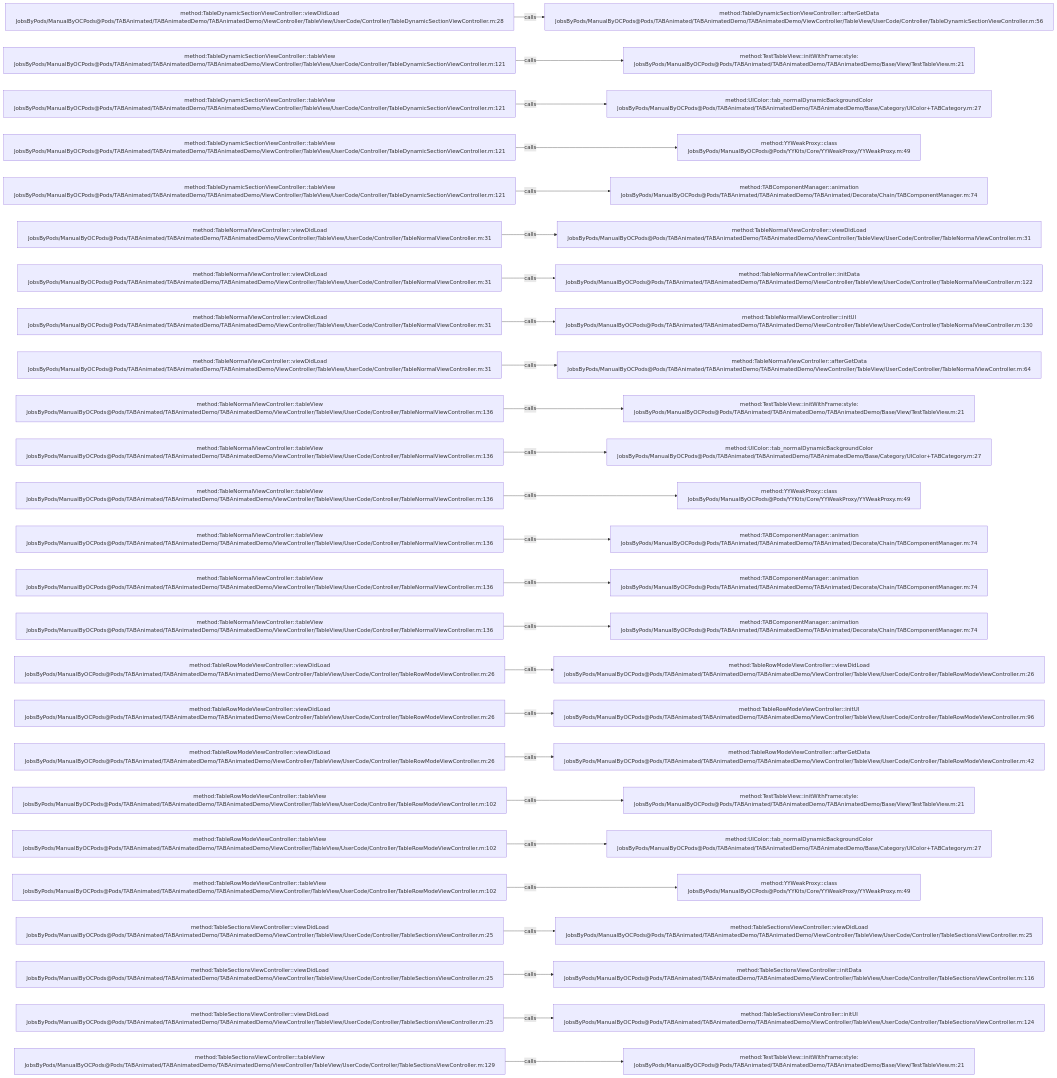
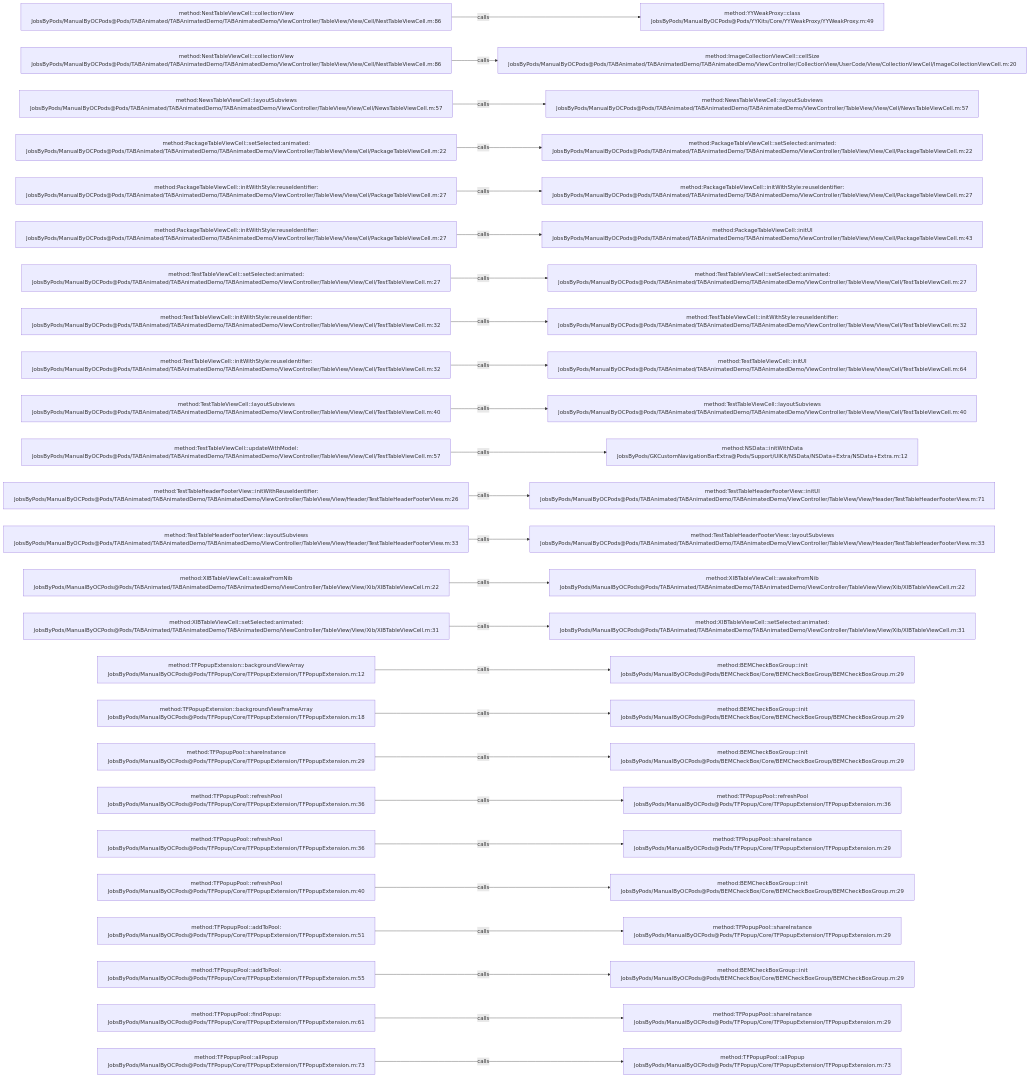
Before and after one commit to JobsKits/JobsOCBaseConfigDemo: the diagram in .codegraph/codegraph.md/graphs/calls-066.md, drawn with Mermaid. The commit also changed 1353 other files, not shown here.

````diff
--- a/.codegraph/codegraph.md/graphs/calls-066.md
+++ b/.codegraph/codegraph.md/graphs/calls-066.md
@@ -13,78 +13,78 @@
 ```mermaid
 flowchart LR
-  S1["method:TableDynamicSectionViewController::viewDidLoad<br/>JobsByPods/ManualByOCPods@Pods/TABAnimated/TABAnimatedDemo/TABAnimatedDemo/ViewController/TableView/UserCode/Controller/TableDynamicSectionViewController.m:28"]
-  T1["method:TableDynamicSectionViewController::afterGetData<br/>JobsByPods/ManualByOCPods@Pods/TABAnimated/TABAnimatedDemo/TABAnimatedDemo/ViewController/TableView/UserCode/Controller/TableDynamicSectionViewController.m:56"]
+  S1["method:NestTableViewCell::collectionView<br/>JobsByPods/ManualByOCPods@Pods/TABAnimated/TABAnimatedDemo/TABAnimatedDemo/ViewController/TableView/View/Cell/NestTableViewCell.m:86"]
+  T1["method:YYWeakProxy::class<br/>JobsByPods/ManualByOCPods@Pods/YYKits/Core/YYWeakProxy/YYWeakProxy.m:49"]
   S1 -->|calls| T1
-  S2["method:TableDynamicSectionViewController::tableView<br/>JobsByPods/ManualByOCPods@Pods/TABAnimated/TABAnimatedDemo/TABAnimatedDemo/ViewController/TableView/UserCode/Controller/TableDynamicSectionViewController.m:121"]
-  T2["method:TestTableView::initWithFrame:style:<br/>JobsByPods/ManualByOCPods@Pods/TABAnimated/TABAnimatedDemo/TABAnimatedDemo/Base/View/TestTableView.m:21"]
+  S2["method:NestTableViewCell::collectionView<br/>JobsByPods/ManualByOCPods@Pods/TABAnimated/TABAnimatedDemo/TABAnimatedDemo/ViewController/TableView/View/Cell/NestTableViewCell.m:86"]
+  T2["method:ImageCollectionViewCell::cellSize<br/>JobsByPods/ManualByOCPods@Pods/TABAnimated/TABAnimatedDemo/TABAnimatedDemo/ViewController/CollectionView/UserCode/View/CollectionViewCell/ImageCollectionViewCell.m:20"]
   S2 -->|calls| T2
-  S3["method:TableDynamicSectionViewController::tableView<br/>JobsByPods/ManualByOCPods@Pods/TABAnimated/TABAnimatedDemo/TABAnimatedDemo/ViewController/TableView/UserCode/Controller/TableDynamicSectionViewController.m:121"]
-  T3["method:UIColor::tab_normalDynamicBackgroundColor<br/>JobsByPods/ManualByOCPods@Pods/TABAnimated/TABAnimatedDemo/TABAnimatedDemo/Base/Category/UIColor+TABCategory.m:27"]
+  S3["method:NewsTableViewCell::layoutSubviews<br/>JobsByPods/ManualByOCPods@Pods/TABAnimated/TABAnimatedDemo/TABAnimatedDemo/ViewController/TableView/View/Cell/NewsTableViewCell.m:57"]
+  T3["method:NewsTableViewCell::layoutSubviews<br/>JobsByPods/ManualByOCPods@Pods/TABAnimated/TABAnimatedDemo/TABAnimatedDemo/ViewController/TableView/View/Cell/NewsTableViewCell.m:57"]
   S3 -->|calls| T3
-  S4["method:TableDynamicSectionViewController::tableView<br/>JobsByPods/ManualByOCPods@Pods/TABAnimated/TABAnimatedDemo/TABAnimatedDemo/ViewController/TableView/UserCode/Controller/TableDynamicSectionViewController.m:121"]
-  T4["method:YYWeakProxy::class<br/>JobsByPods/ManualByOCPods@Pods/YYKits/Core/YYWeakProxy/YYWeakProxy.m:49"]
+  S4["method:PackageTableViewCell::setSelected:animated:<br/>JobsByPods/ManualByOCPods@Pods/TABAnimated/TABAnimatedDemo/TABAnimatedDemo/ViewController/TableView/View/Cell/PackageTableViewCell.m:22"]
+  T4["method:PackageTableViewCell::setSelected:animated:<br/>JobsByPods/ManualByOCPods@Pods/TABAnimated/TABAnimatedDemo/TABAnimatedDemo/ViewController/TableView/View/Cell/PackageTableViewCell.m:22"]
   S4 -->|calls| T4
-  S5["method:TableDynamicSectionViewController::tableView<br/>JobsByPods/ManualByOCPods@Pods/TABAnimated/TABAnimatedDemo/TABAnimatedDemo/ViewController/TableView/UserCode/Controller/TableDynamicSectionViewController.m:121"]
-  T5["method:TABComponentManager::animation<br/>JobsByPods/ManualByOCPods@Pods/TABAnimated/TABAnimatedDemo/TABAnimated/Decorate/Chain/TABComponentManager.m:74"]
+  S5["method:PackageTableViewCell::initWithStyle:reuseIdentifier:<br/>JobsByPods/ManualByOCPods@Pods/TABAnimated/TABAnimatedDemo/TABAnimatedDemo/ViewController/TableView/View/Cell/PackageTableViewCell.m:27"]
+  T5["method:PackageTableViewCell::initWithStyle:reuseIdentifier:<br/>JobsByPods/ManualByOCPods@Pods/TABAnimated/TABAnimatedDemo/TABAnimatedDemo/ViewController/TableView/View/Cell/PackageTableViewCell.m:27"]
   S5 -->|calls| T5
-  S6["method:TableNormalViewController::viewDidLoad<br/>JobsByPods/ManualByOCPods@Pods/TABAnimated/TABAnimatedDemo/TABAnimatedDemo/ViewController/TableView/UserCode/Controller/TableNormalViewController.m:31"]
-  T6["method:TableNormalViewController::viewDidLoad<br/>JobsByPods/ManualByOCPods@Pods/TABAnimated/TABAnimatedDemo/TABAnimatedDemo/ViewController/TableView/UserCode/Controller/TableNormalViewController.m:31"]
+  S6["method:PackageTableViewCell::initWithStyle:reuseIdentifier:<br/>JobsByPods/ManualByOCPods@Pods/TABAnimated/TABAnimatedDemo/TABAnimatedDemo/ViewController/TableView/View/Cell/PackageTableViewCell.m:27"]
+  T6["method:PackageTableViewCell::initUI<br/>JobsByPods/ManualByOCPods@Pods/TABAnimated/TABAnimatedDemo/TABAnimatedDemo/ViewController/TableView/View/Cell/PackageTableViewCell.m:43"]
   S6 -->|calls| T6
-  S7["method:TableNormalViewController::viewDidLoad<br/>JobsByPods/ManualByOCPods@Pods/TABAnimated/TABAnimatedDemo/TABAnimatedDemo/ViewController/TableView/UserCode/Controller/TableNormalViewController.m:31"]
-  T7["method:TableNormalViewController::initData<br/>JobsByPods/ManualByOCPods@Pods/TABAnimated/TABAnimatedDemo/TABAnimatedDemo/ViewController/TableView/UserCode/Controller/TableNormalViewController.m:122"]
+  S7["method:TestTableViewCell::setSelected:animated:<br/>JobsByPods/ManualByOCPods@Pods/TABAnimated/TABAnimatedDemo/TABAnimatedDemo/ViewController/TableView/View/Cell/TestTableViewCell.m:27"]
+  T7["method:TestTableViewCell::setSelected:animated:<br/>JobsByPods/ManualByOCPods@Pods/TABAnimated/TABAnimatedDemo/TABAnimatedDemo/ViewController/TableView/View/Cell/TestTableViewCell.m:27"]
   S7 -->|calls| T7
-  S8["method:TableNormalViewController::viewDidLoad<br/>JobsByPods/ManualByOCPods@Pods/TABAnimated/TABAnimatedDemo/TABAnimatedDemo/ViewController/TableView/UserCode/Controller/TableNormalViewController.m:31"]
-  T8["method:TableNormalViewController::initUI<br/>JobsByPods/ManualByOCPods@Pods/TABAnimated/TABAnimatedDemo/TABAnimatedDemo/ViewController/TableView/UserCode/Controller/TableNormalViewController.m:130"]
+  S8["method:TestTableViewCell::initWithStyle:reuseIdentifier:<br/>JobsByPods/ManualByOCPods@Pods/TABAnimated/TABAnimatedDemo/TABAnimatedDemo/ViewController/TableView/View/Cell/TestTableViewCell.m:32"]
+  T8["method:TestTableViewCell::initWithStyle:reuseIdentifier:<br/>JobsByPods/ManualByOCPods@Pods/TABAnimated/TABAnimatedDemo/TABAnimatedDemo/ViewController/TableView/View/Cell/TestTableViewCell.m:32"]
   S8 -->|calls| T8
-  S9["method:TableNormalViewController::viewDidLoad<br/>JobsByPods/ManualByOCPods@Pods/TABAnimated/TABAnimatedDemo/TABAnimatedDemo/ViewController/TableView/UserCode/Controller/TableNormalViewController.m:31"]
-  T9["method:TableNormalViewController::afterGetData<br/>JobsByPods/ManualByOCPods@Pods/TABAnimated/TABAnimatedDemo/TABAnimatedDemo/ViewController/TableView/UserCode/Controller/TableNormalViewController.m:64"]
+  S9["method:TestTableViewCell::initWithStyle:reuseIdentifier:<br/>JobsByPods/ManualByOCPods@Pods/TABAnimated/TABAnimatedDemo/TABAnimatedDemo/ViewController/TableView/View/Cell/TestTableViewCell.m:32"]
+  T9["method:TestTableViewCell::initUI<br/>JobsByPods/ManualByOCPods@Pods/TABAnimated/TABAnimatedDemo/TABAnimatedDemo/ViewController/TableView/View/Cell/TestTableViewCell.m:64"]
   S9 -->|calls| T9
-  S10["method:TableNormalViewController::tableView<br/>JobsByPods/ManualByOCPods@Pods/TABAnimated/TABAnimatedDemo/TABAnimatedDemo/ViewController/TableView/UserCode/Controller/TableNormalViewController.m:136"]
-  T10["method:TestTableView::initWithFrame:style:<br/>JobsByPods/ManualByOCPods@Pods/TABAnimated/TABAnimatedDemo/TABAnimatedDemo/Base/View/TestTableView.m:21"]
+  S10["method:TestTableViewCell::layoutSubviews<br/>JobsByPods/ManualByOCPods@Pods/TABAnimated/TABAnimatedDemo/TABAnimatedDemo/ViewController/TableView/View/Cell/TestTableViewCell.m:40"]
+  T10["method:TestTableViewCell::layoutSubviews<br/>JobsByPods/ManualByOCPods@Pods/TABAnimated/TABAnimatedDemo/TABAnimatedDemo/ViewController/TableView/View/Cell/TestTableViewCell.m:40"]
   S10 -->|calls| T10
-  S11["method:TableNormalViewController::tableView<br/>JobsByPods/ManualByOCPods@Pods/TABAnimated/TABAnimatedDemo/TABAnimatedDemo/ViewController/TableView/UserCode/Controller/TableNormalViewController.m:136"]
-  T11["method:UIColor::tab_normalDynamicBackgroundColor<br/>JobsByPods/ManualByOCPods@Pods/TABAnimated/TABAnimatedDemo/TABAnimatedDemo/Base/Category/UIColor+TABCategory.m:27"]
+  S11["method:TestTableViewCell::updateWithModel:<br/>JobsByPods/ManualByOCPods@Pods/TABAnimated/TABAnimatedDemo/TABAnimatedDemo/ViewController/TableView/View/Cell/TestTableViewCell.m:57"]
+  T11["method:NSData::initWithData<br/>JobsByPods/GKCustomNavigationBarExtra@Pods/Support/UIKit/NSData/NSData+Extra/NSData+Extra.m:12"]
   S11 -->|calls| T11
-  S12["method:TableNormalViewController::tableView<br/>JobsByPods/ManualByOCPods@Pods/TABAnimated/TABAnimatedDemo/TABAnimatedDemo/ViewController/TableView/UserCode/Controller/TableNormalViewController.m:136"]
-  T12["method:YYWeakProxy::class<br/>JobsByPods/ManualByOCPods@Pods/YYKits/Core/YYWeakProxy/YYWeakProxy.m:49"]
+  S12["method:TestTableHeaderFooterView::initWithReuseIdentifier:<br/>JobsByPods/ManualByOCPods@Pods/TABAnimated/TABAnimatedDemo/TABAnimatedDemo/ViewController/TableView/View/Header/TestTableHeaderFooterView.m:26"]
+  T12["method:TestTableHeaderFooterView::initUI<br/>JobsByPods/ManualByOCPods@Pods/TABAnimated/TABAnimatedDemo/TABAnimatedDemo/ViewController/TableView/View/Header/TestTableHeaderFooterView.m:71"]
   S12 -->|calls| T12
-  S13["method:TableNormalViewController::tableView<br/>JobsByPods/ManualByOCPods@Pods/TABAnimated/TABAnimatedDemo/TABAnimatedDemo/ViewController/TableView/UserCode/Controller/TableNormalViewController.m:136"]
-  T13["method:TABComponentManager::animation<br/>JobsByPods/ManualByOCPods@Pods/TABAnimated/TABAnimatedDemo/TABAnimated/Decorate/Chain/TABComponentManager.m:74"]
+  S13["method:TestTableHeaderFooterView::layoutSubviews<br/>JobsByPods/ManualByOCPods@Pods/TABAnimated/TABAnimatedDemo/TABAnimatedDemo/ViewController/TableView/View/Header/TestTableHeaderFooterView.m:33"]
+  T13["method:TestTableHeaderFooterView::layoutSubviews<br/>JobsByPods/ManualByOCPods@Pods/TABAnimated/TABAnimatedDemo/TABAnimatedDemo/ViewController/TableView/View/Header/TestTableHeaderFooterView.m:33"]
   S13 -->|calls| T13
-  S14["method:TableNormalViewController::tableView<br/>JobsByPods/ManualByOCPods@Pods/TABAnimated/TABAnimatedDemo/TABAnimatedDemo/ViewController/TableView/UserCode/Controller/TableNormalViewController.m:136"]
-  T14["method:TABComponentManager::animation<br/>JobsByPods/ManualByOCPods@Pods/TABAnimated/TABAnimatedDemo/TABAnimated/Decorate/Chain/TABComponentManager.m:74"]
+  S14["method:XIBTableViewCell::awakeFromNib<br/>JobsByPods/ManualByOCPods@Pods/TABAnimated/TABAnimatedDemo/TABAnimatedDemo/ViewController/TableView/View/Xib/XIBTableViewCell.m:22"]
+  T14["method:XIBTableViewCell::awakeFromNib<br/>JobsByPods/ManualByOCPods@Pods/TABAnimated/TABAnimatedDemo/TABAnimatedDemo/ViewController/TableView/View/Xib/XIBTableViewCell.m:22"]
   S14 -->|calls| T14
-  S15["method:TableNormalViewController::tableView<br/>JobsByPods/ManualByOCPods@Pods/TABAnimated/TABAnimatedDemo/TABAnimatedDemo/ViewController/TableView/UserCode/Controller/TableNormalViewController.m:136"]
-  T15["method:TABComponentManager::animation<br/>JobsByPods/ManualByOCPods@Pods/TABAnimated/TABAnimatedDemo/TABAnimated/Decorate/Chain/TABComponentManager.m:74"]
+  S15["method:XIBTableViewCell::setSelected:animated:<br/>JobsByPods/ManualByOCPods@Pods/TABAnimated/TABAnimatedDemo/TABAnimatedDemo/ViewController/TableView/View/Xib/XIBTableViewCell.m:31"]
+  T15["method:XIBTableViewCell::setSelected:animated:<br/>JobsByPods/ManualByOCPods@Pods/TABAnimated/TABAnimatedDemo/TABAnimatedDemo/ViewController/TableView/View/Xib/XIBTableViewCell.m:31"]
   S15 -->|calls| T15
-  S16["method:TableRowModeViewController::viewDidLoad<br/>JobsByPods/ManualByOCPods@Pods/TABAnimated/TABAnimatedDemo/TABAnimatedDemo/ViewController/TableView/UserCode/Controller/TableRowModeViewController.m:26"]
-  T16["method:TableRowModeViewController::viewDidLoad<br/>JobsByPods/ManualByOCPods@Pods/TABAnimated/TABAnimatedDemo/TABAnimatedDemo/ViewController/TableView/UserCode/Controller/TableRowModeViewController.m:26"]
+  S16["method:TFPopupExtension::backgroundViewArray<br/>JobsByPods/ManualByOCPods@Pods/TFPopup/Core/TFPopupExtension/TFPopupExtension.m:12"]
+  T16["method:BEMCheckBoxGroup::init<br/>JobsByPods/ManualByOCPods@Pods/BEMCheckBox/Core/BEMCheckBoxGroup/BEMCheckBoxGroup.m:29"]
   S16 -->|calls| T16
-  S17["method:TableRowModeViewController::viewDidLoad<br/>JobsByPods/ManualByOCPods@Pods/TABAnimated/TABAnimatedDemo/TABAnimatedDemo/ViewController/TableView/UserCode/Controller/TableRowModeViewController.m:26"]
-  T17["method:TableRowModeViewController::initUI<br/>JobsByPods/ManualByOCPods@Pods/TABAnimated/TABAnimatedDemo/TABAnimatedDemo/ViewController/TableView/UserCode/Controller/TableRowModeViewController.m:96"]
+  S17["method:TFPopupExtension::backgroundViewFrameArray<br/>JobsByPods/ManualByOCPods@Pods/TFPopup/Core/TFPopupExtension/TFPopupExtension.m:18"]
+  T17["method:BEMCheckBoxGroup::init<br/>JobsByPods/ManualByOCPods@Pods/BEMCheckBox/Core/BEMCheckBoxGroup/BEMCheckBoxGroup.m:29"]
   S17 -->|calls| T17
-  S18["method:TableRowModeViewController::viewDidLoad<br/>JobsByPods/ManualByOCPods@Pods/TABAnimated/TABAnimatedDemo/TABAnimatedDemo/ViewController/TableView/UserCode/Controller/TableRowModeViewController.m:26"]
-  T18["method:TableRowModeViewController::afterGetData<br/>JobsByPods/ManualByOCPods@Pods/TABAnimated/TABAnimatedDemo/TABAnimatedDemo/ViewController/TableView/UserCode/Controller/TableRowModeViewController.m:42"]
+  S18["method:TFPopupPool::shareInstance<br/>JobsByPods/ManualByOCPods@Pods/TFPopup/Core/TFPopupExtension/TFPopupExtension.m:29"]
+  T18["method:BEMCheckBoxGroup::init<br/>JobsByPods/ManualByOCPods@Pods/BEMCheckBox/Core/BEMCheckBoxGroup/BEMCheckBoxGroup.m:29"]
   S18 -->|calls| T18
-  S19["method:TableRowModeViewController::tableView<br/>JobsByPods/ManualByOCPods@Pods/TABAnimated/TABAnimatedDemo/TABAnimatedDemo/ViewController/TableView/UserCode/Controller/TableRowModeViewController.m:102"]
-  T19["method:TestTableView::initWithFrame:style:<br/>JobsByPods/ManualByOCPods@Pods/TABAnimated/TABAnimatedDemo/TABAnimatedDemo/Base/View/TestTableView.m:21"]
+  S19["method:TFPopupPool::refreshPool<br/>JobsByPods/ManualByOCPods@Pods/TFPopup/Core/TFPopupExtension/TFPopupExtension.m:36"]
+  T19["method:TFPopupPool::refreshPool<br/>JobsByPods/ManualByOCPods@Pods/TFPopup/Core/TFPopupExtension/TFPopupExtension.m:36"]
   S19 -->|calls| T19
-  S20["method:TableRowModeViewController::tableView<br/>JobsByPods/ManualByOCPods@Pods/TABAnimated/TABAnimatedDemo/TABAnimatedDemo/ViewController/TableView/UserCode/Controller/TableRowModeViewController.m:102"]
-  T20["method:UIColor::tab_normalDynamicBackgroundColor<br/>JobsByPods/ManualByOCPods@Pods/TABAnimated/TABAnimatedDemo/TABAnimatedDemo/Base/Category/UIColor+TABCategory.m:27"]
+  S20["method:TFPopupPool::refreshPool<br/>JobsByPods/ManualByOCPods@Pods/TFPopup/Core/TFPopupExtension/TFPopupExtension.m:36"]
+  T20["method:TFPopupPool::shareInstance<br/>JobsByPods/ManualByOCPods@Pods/TFPopup/Core/TFPopupExtension/TFPopupExtension.m:29"]
   S20 -->|calls| T20
-  S21["method:TableRowModeViewController::tableView<br/>JobsByPods/ManualByOCPods@Pods/TABAnimated/TABAnimatedDemo/TABAnimatedDemo/ViewController/TableView/UserCode/Controller/TableRowModeViewController.m:102"]
-  T21["method:YYWeakProxy::class<br/>JobsByPods/ManualByOCPods@Pods/YYKits/Core/YYWeakProxy/YYWeakProxy.m:49"]
+  S21["method:TFPopupPool::refreshPool<br/>JobsByPods/ManualByOCPods@Pods/TFPopup/Core/TFPopupExtension/TFPopupExtension.m:40"]
+  T21["method:BEMCheckBoxGroup::init<br/>JobsByPods/ManualByOCPods@Pods/BEMCheckBox/Core/BEMCheckBoxGroup/BEMCheckBoxGroup.m:29"]
   S21 -->|calls| T21
-  S22["method:TableSectionsViewController::viewDidLoad<br/>JobsByPods/ManualByOCPods@Pods/TABAnimated/TABAnimatedDemo/TABAnimatedDemo/ViewController/TableView/UserCode/Controller/TableSectionsViewController.m:25"]
-  T22["method:TableSectionsViewController::viewDidLoad<br/>JobsByPods/ManualByOCPods@Pods/TABAnimated/TABAnimatedDemo/TABAnimatedDemo/ViewController/TableView/UserCode/Controller/TableSectionsViewController.m:25"]
+  S22["method:TFPopupPool::addToPool:<br/>JobsByPods/ManualByOCPods@Pods/TFPopup/Core/TFPopupExtension/TFPopupExtension.m:51"]
+  T22["method:TFPopupPool::shareInstance<br/>JobsByPods/ManualByOCPods@Pods/TFPopup/Core/TFPopupExtension/TFPopupExtension.m:29"]
   S22 -->|calls| T22
-  S23["method:TableSectionsViewController::viewDidLoad<br/>JobsByPods/ManualByOCPods@Pods/TABAnimated/TABAnimatedDemo/TABAnimatedDemo/ViewController/TableView/UserCode/Controller/TableSectionsViewController.m:25"]
-  T23["method:TableSectionsViewController::initData<br/>JobsByPods/ManualByOCPods@Pods/TABAnimated/TABAnimatedDemo/TABAnimatedDemo/ViewController/TableView/UserCode/Controller/TableSectionsViewController.m:116"]
+  S23["method:TFPopupPool::addToPool:<br/>JobsByPods/ManualByOCPods@Pods/TFPopup/Core/TFPopupExtension/TFPopupExtension.m:55"]
+  T23["method:BEMCheckBoxGroup::init<br/>JobsByPods/ManualByOCPods@Pods/BEMCheckBox/Core/BEMCheckBoxGroup/BEMCheckBoxGroup.m:29"]
   S23 -->|calls| T23
-  S24["method:TableSectionsViewController::viewDidLoad<br/>JobsByPods/ManualByOCPods@Pods/TABAnimated/TABAnimatedDemo/TABAnimatedDemo/ViewController/TableView/UserCode/Controller/TableSectionsViewController.m:25"]
-  T24["method:TableSectionsViewController::initUI<br/>JobsByPods/ManualByOCPods@Pods/TABAnimated/TABAnimatedDemo/TABAnimatedDemo/ViewController/TableView/UserCode/Controller/TableSectionsViewController.m:124"]
+  S24["method:TFPopupPool::findPopup:<br/>JobsByPods/ManualByOCPods@Pods/TFPopup/Core/TFPopupExtension/TFPopupExtension.m:61"]
+  T24["method:TFPopupPool::shareInstance<br/>JobsByPods/ManualByOCPods@Pods/TFPopup/Core/TFPopupExtension/TFPopupExtension.m:29"]
   S24 -->|calls| T24
-  S25["method:TableSectionsViewController::tableView<br/>JobsByPods/ManualByOCPods@Pods/TABAnimated/TABAnimatedDemo/TABAnimatedDemo/ViewController/TableView/UserCode/Controller/TableSectionsViewController.m:129"]
-  T25["method:TestTableView::initWithFrame:style:<br/>JobsByPods/ManualByOCPods@Pods/TABAnimated/TABAnimatedDemo/TABAnimatedDemo/Base/View/TestTableView.m:21"]
+  S25["method:TFPopupPool::allPopup<br/>JobsByPods/ManualByOCPods@Pods/TFPopup/Core/TFPopupExtension/TFPopupExtension.m:73"]
+  T25["method:TFPopupPool::allPopup<br/>JobsByPods/ManualByOCPods@Pods/TFPopup/Core/TFPopupExtension/TFPopupExtension.m:73"]
   S25 -->|calls| T25
 ```
````
